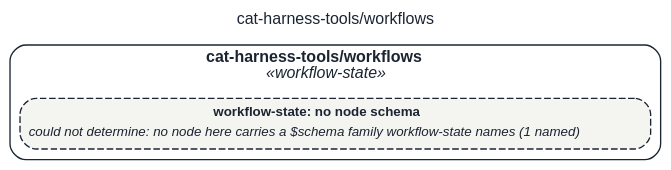
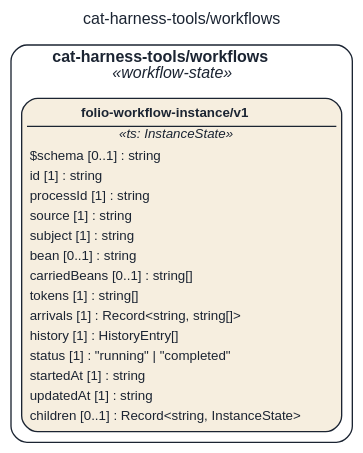
One commit to litlfred/smart-ra changed the diagram in assets/img/uml/overview/cat-harness-tools/workflows.dot. Above: the diagram before and after it, drawn with Graphviz. The commit also changed 5992 other files, not shown here.

```diff
--- a/assets/img/uml/overview/cat-harness-tools/workflows.dot
+++ b/assets/img/uml/overview/cat-harness-tools/workflows.dot
@@ -1,11 +1,11 @@
 // GENERATED by cat-harness-tools/scripts/gen-uml-overview.ts — do not edit.
 // Rendered page (interactive view, same model): https://litlfred.github.io/folio-assistant/uml/overview/cat-harness-tools/workflows.html
 digraph "cat_harness_tools_workflows" {
   graph [label="cat-harness-tools/workflows", labelloc=t, fontname="Helvetica", fontsize=12, fontcolor="#1b2432", newrank=true, ratio=auto, nodesep=0.3, ranksep=0.5, bgcolor="transparent"];
   node [shape=box, style="rounded,filled", margin=0.05, fontname="Helvetica", fontsize=10, color="#1b2432", fontcolor="#1b2432"];
   edge [color="#1b2432", fontcolor="#1b2432", fontname="Helvetica", fontsize=9];
   subgraph "cluster_pkg_cat_harness_tools_workflows" {
     label=<<b>cat-harness-tools/workflows</b><br/><i>«workflow-state»</i>>; style="rounded"; color="#1b2432"; class="fa_uml_subgraph";
-    "n_cat_harness_tools_workflows_workflow_state" [style="rounded,filled,dashed", fillcolor="#f4f4f1", class="fa_uml_kind_workflow_state fa_uml_undetermined", label=<<table border="0" cellborder="0" cellspacing="0" cellpadding="2"><tr><td><b>workflow-state: no node schema</b></td></tr><tr><td align="left"><i>could not determine: no node here carries a $schema family workflow-state names (1 named)</i></td></tr></table>>];
+    "cat_harness_tools_workflows_folio_workflow_instance_v1" [fillcolor="#f6eedf", class="fa_uml_kind_workflow_state", label=<<table border="0" cellborder="0" cellspacing="0" cellpadding="2"><tr><td border="1" sides="b"><b>folio-workflow-instance/v1</b></td></tr><tr><td><i>«ts: InstanceState»</i></td></tr><tr><td align="left">$schema [0..1] : string</td></tr><tr><td align="left">id [1] : string</td></tr><tr><td align="left">processId [1] : string</td></tr><tr><td align="left">source [1] : string</td></tr><tr><td align="left">subject [1] : string</td></tr><tr><td align="left">bean [0..1] : string</td></tr><tr><td align="left">carriedBeans [0..1] : string[]</td></tr><tr><td align="left">tokens [1] : string[]</td></tr><tr><td align="left">arrivals [1] : Record&lt;string, string[]&gt;</td></tr><tr><td align="left">history [1] : HistoryEntry[]</td></tr><tr><td align="left">status [1] : &quot;running&quot; | &quot;completed&quot;</td></tr><tr><td align="left">startedAt [1] : string</td></tr><tr><td align="left">updatedAt [1] : string</td></tr><tr><td align="left">children [0..1] : Record&lt;string, InstanceState&gt;</td></tr></table>>];
   }
 }
```
